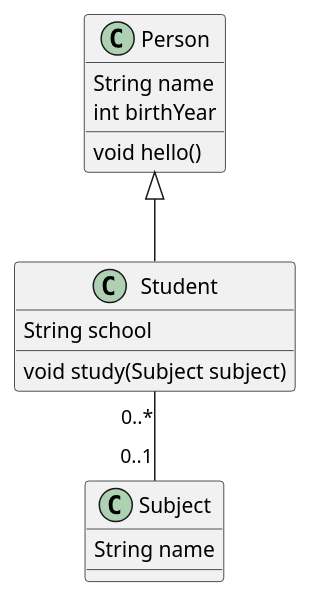
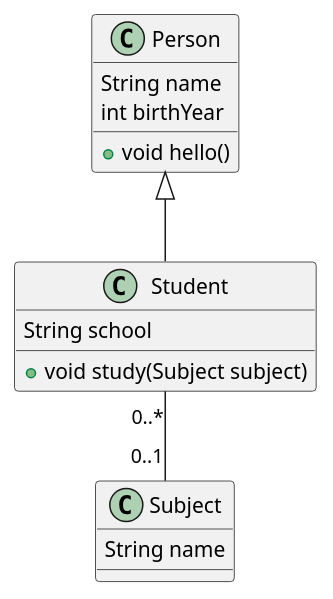
One commit to lyhcode/oosad changed the second of 2 diagrams in oop/practice3.md. Above: the diagram before and after it, drawn with PlantUML. The commit also changed other lines of this file and 54 other files, not shown here.

````diff
--- a/oop/practice3.md
+++ b/oop/practice3.md
@@ -21,21 +21,21 @@
 ```uml
 @startuml
 Class Person {
     String name
     int birthYear
-    void hello()
+    + void hello()
 }
 
 Class Student {
     String school
-    void study(Subject subject)
+    + void study(Subject subject)
 }
 
 Class Subject {
     String name
 }
 
 Person <|-- Student
 Student "0..*" -- "0..1" Subject
 @enduml
 ```
````
